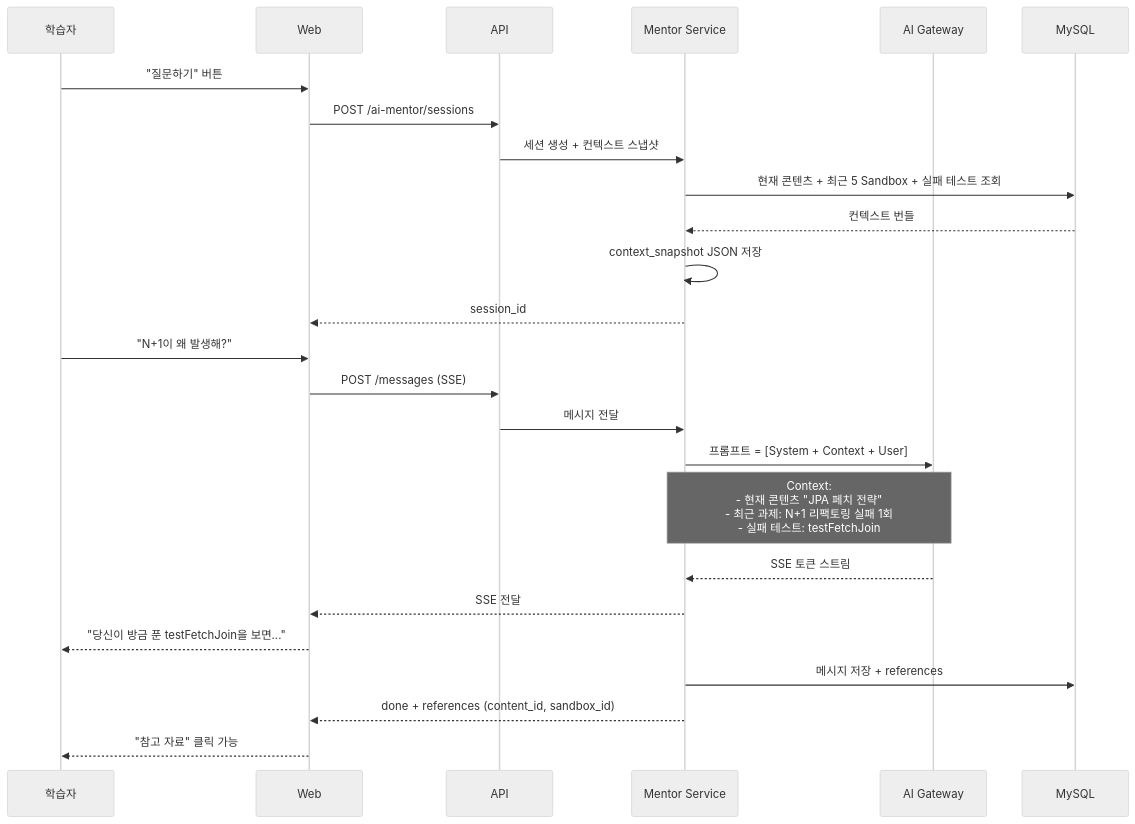
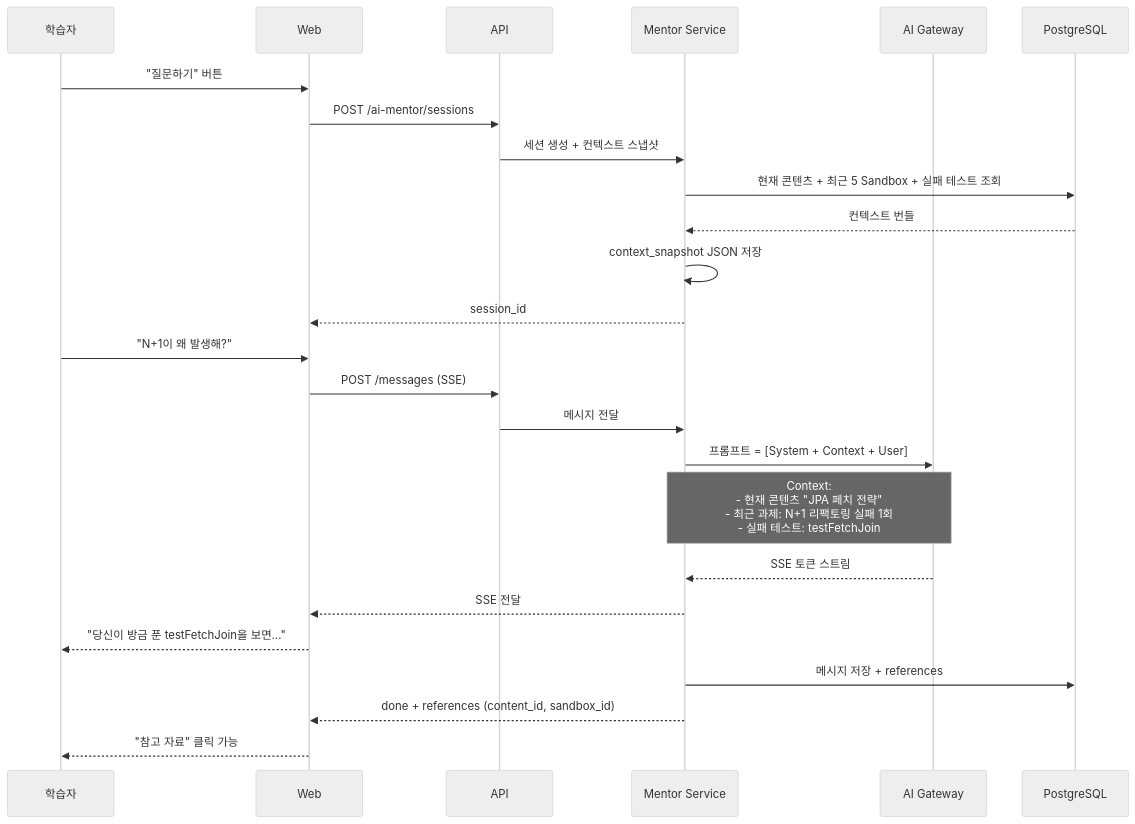
One commit to DevPathAi/documents changed the third of 6 diagrams in 05_화면_흐름_시퀀스_다이어그램.md. Above: the diagram before and after it, drawn with Mermaid (neutral theme). The commit also changed other lines of this file and 11 other files, not shown here.

````diff
--- a/05_화면_흐름_시퀀스_다이어그램.md
+++ b/05_화면_흐름_시퀀스_다이어그램.md
@@ -112,30 +112,30 @@
 ```mermaid
 sequenceDiagram
     participant U as 학습자
     participant W as Web
     participant API as API
     participant MEN as Mentor Service
     participant AI as AI Gateway
-    participant DB as MySQL
+    participant DB as PostgreSQL
 
     U->>W: "질문하기" 버튼
     W->>API: POST /ai-mentor/sessions
     API->>MEN: 세션 생성 + 컨텍스트 스냅샷
     MEN->>DB: 현재 콘텐츠 + 최근 5 Sandbox + 실패 테스트 조회
     DB-->>MEN: 컨텍스트 번들
     MEN->>MEN: context_snapshot JSON 저장
     MEN-->>W: session_id
 
     U->>W: "N+1이 왜 발생해?"
     W->>API: POST /messages (SSE)
     API->>MEN: 메시지 전달
     MEN->>AI: 프롬프트 = [System + Context + User]
     Note over MEN,AI: Context:<br/>- 현재 콘텐츠 "JPA 페치 전략"<br/>- 최근 과제: N+1 리팩토링 실패 1회<br/>- 실패 테스트: testFetchJoin
     AI-->>MEN: SSE 토큰 스트림
     MEN-->>W: SSE 전달
     W-->>U: "당신이 방금 푼 testFetchJoin을 보면..."
 
     MEN->>DB: 메시지 저장 + references
     MEN-->>W: done + references (content_id, sandbox_id)
     W-->>U: "참고 자료" 클릭 가능
 ```
````
